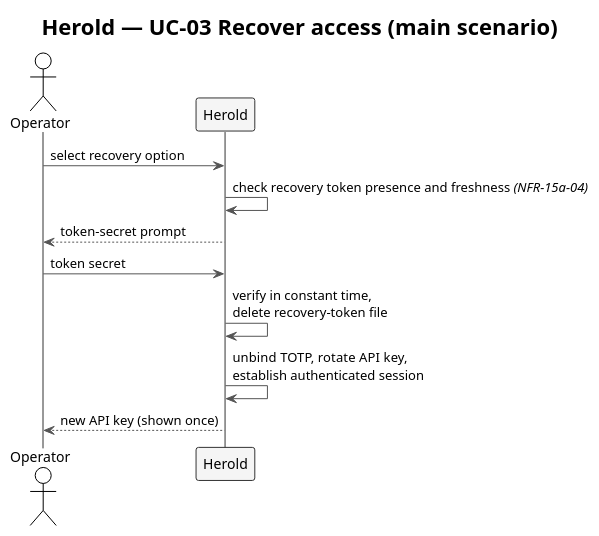
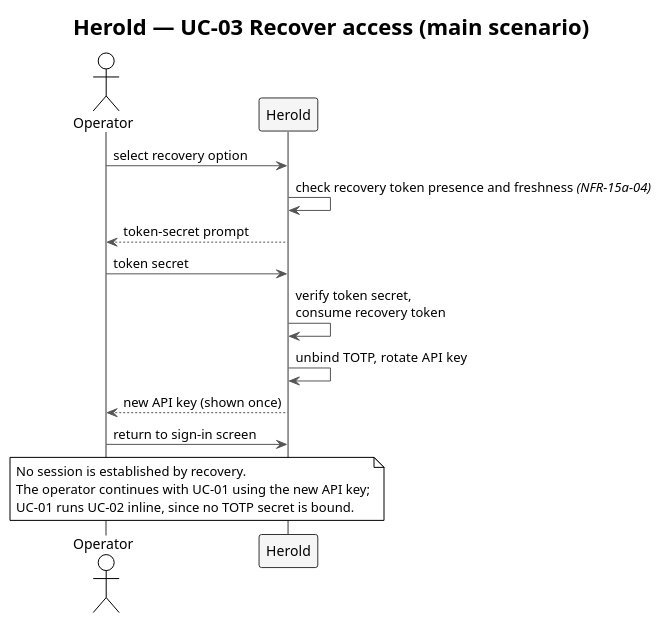
The diagram in docs/spec/diagrams/f2-uc03-recover-access.plantuml (carstenlucke/herold), drawn with PlantUML before and after one commit. The commit also changed 11 other files, not shown here.

```diff
--- a/docs/spec/diagrams/f2-uc03-recover-access.plantuml
+++ b/docs/spec/diagrams/f2-uc03-recover-access.plantuml
@@ -1,25 +1,28 @@
 @startuml f2-uc03-recover-access
 !theme plain
 skinparam shadowing false
 skinparam ArrowColor #555555
 skinparam SequenceLifeLineBorderColor #333333
 skinparam SequenceParticipantBorderColor #333333
 skinparam SequenceParticipantBackgroundColor #F5F5F5
 skinparam SequenceReferenceBackgroundColor #F0E8FF
 skinparam SequenceGroupBodyBackgroundColor transparent
 
 title Herold — UC-03 Recover access (main scenario)
 
 actor    "Operator" as OP
 participant "Herold"  as SYS
 
 OP  ->  SYS : select recovery option
 SYS ->  SYS : check recovery token presence and freshness //(NFR-15a-04)//
 SYS --> OP  : token-secret prompt
 
 OP  ->  SYS : token secret
-SYS ->  SYS : verify in constant time,\ndelete recovery-token file
-SYS ->  SYS : unbind TOTP, rotate API key,\nestablish authenticated session
+SYS ->  SYS : verify token secret,\nconsume recovery token
+SYS ->  SYS : unbind TOTP, rotate API key
 SYS --> OP  : new API key (shown once)
+OP  ->  SYS : return to sign-in screen
+
+note over OP, SYS : No session is established by recovery.\nThe operator continues with UC-01 using the new API key;\nUC-01 runs UC-02 inline, since no TOTP secret is bound.
 
 @enduml
```
